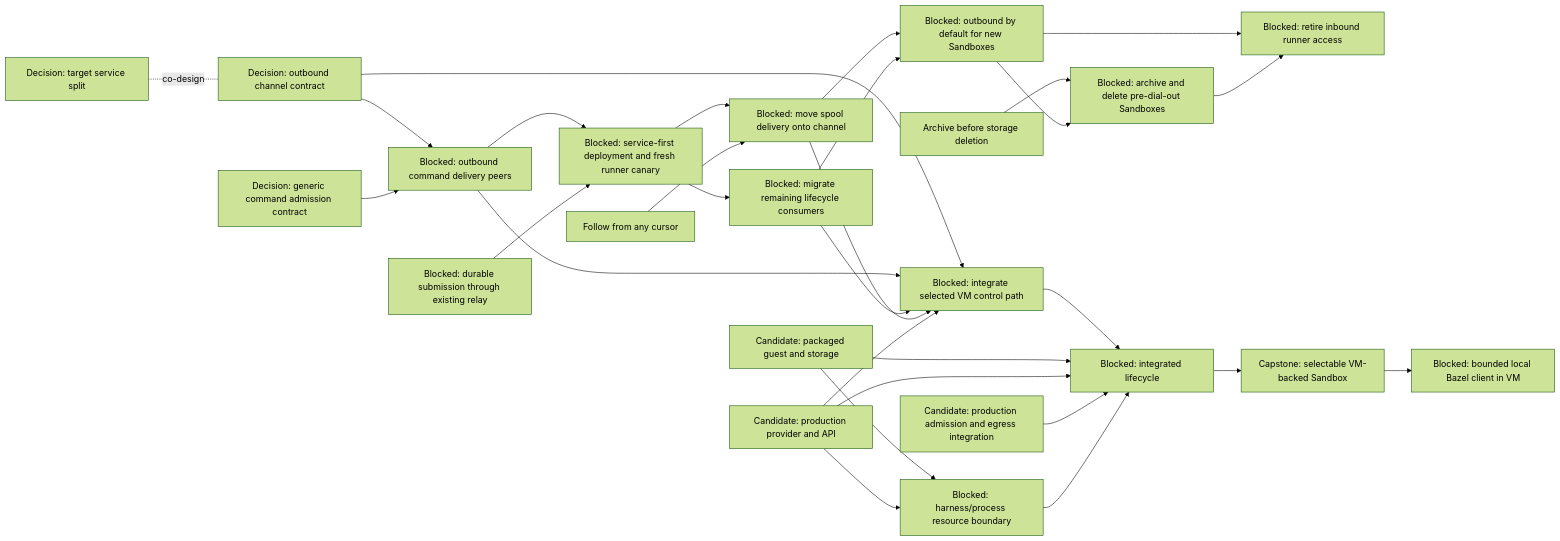
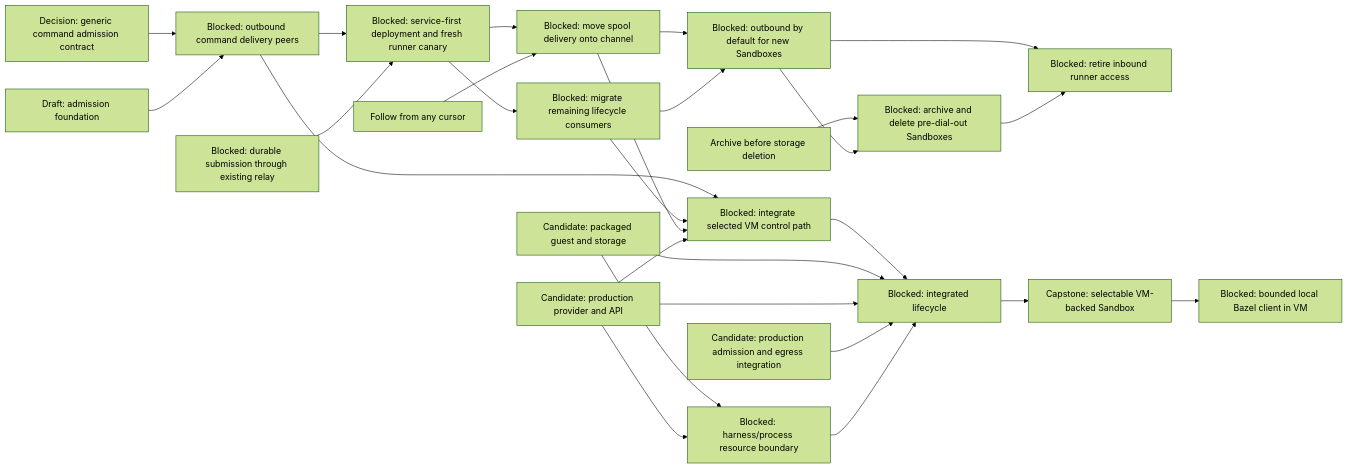
One commit to agentydragon-agent/ducktape changed the sixth of 9 diagrams in agentplane/plans/task_dag.md. Above: the diagram before and after it, drawn with Mermaid (forest theme). The commit also changed other lines of this file and 6 other files, not shown here.

````diff
--- a/agentplane/plans/task_dag.md
+++ b/agentplane/plans/task_dag.md
@@ -420,45 +421,41 @@
 ```mermaid
 flowchart LR
-    RUNNER_TRANSPORT_DESIGN[Decision: outbound channel contract]
-    SERVICE_BOUNDARIES[Decision: target service split]
     RUNNER_OUTBOUND_CHANNEL[Blocked: outbound command delivery peers]
     RUNNER_OUTBOUND_CANARY[Blocked: service-first deployment and fresh runner canary]
     SESSION_COMMAND_SUBMISSION[Blocked: durable submission through existing relay]
     RUNNER_OUTBOUND_SPOOL[Blocked: move spool delivery onto channel]
     RUNNER_OUTBOUND_LIFECYCLE[Blocked: migrate remaining lifecycle consumers]
     RUNNER_OUTBOUND_ROLLOUT[Blocked: outbound by default for new Sandboxes]
     VM_CONTROL_NETWORKING[Blocked: integrate selected VM control path]
     VM_IMAGE[Candidate: packaged guest and storage]
     VM_PROVIDER[Candidate: production provider and API]
     VM_EGRESS[Candidate: production admission and egress integration]
     VM_PROCESS_ISOLATION[Blocked: harness/process resource boundary]
     VM_LIFECYCLE[Blocked: integrated lifecycle]
-    RUNNER_TRANSPORT_DESIGN --> RUNNER_OUTBOUND_CHANNEL
-    SERVICE_BOUNDARIES -. co-design .- RUNNER_TRANSPORT_DESIGN
     SESSION_COMMAND_CONTRACT[Decision: generic command admission contract] --> RUNNER_OUTBOUND_CHANNEL
-    RUNNER_TRANSPORT_DESIGN --> VM_CONTROL_NETWORKING
+    SESSION_COMMAND_CORE[Draft: admission foundation] --> RUNNER_OUTBOUND_CHANNEL
     RUNNER_OUTBOUND_CHANNEL --> VM_CONTROL_NETWORKING
     RUNNER_OUTBOUND_LIFECYCLE --> VM_CONTROL_NETWORKING
     RUNNER_OUTBOUND_SPOOL --> VM_CONTROL_NETWORKING
     RUNNER_OUTBOUND_CHANNEL --> RUNNER_OUTBOUND_CANARY
     SESSION_COMMAND_SUBMISSION --> RUNNER_OUTBOUND_CANARY
     RUNNER_OUTBOUND_CANARY --> RUNNER_OUTBOUND_SPOOL
     RUNNER_OUTBOUND_CANARY --> RUNNER_OUTBOUND_LIFECYCLE
     RUNNER_OUTBOUND_SPOOL --> RUNNER_OUTBOUND_ROLLOUT
     RUNNER_OUTBOUND_LIFECYCLE --> RUNNER_OUTBOUND_ROLLOUT
     RUNNER_OUTBOUND_ROLLOUT --> RUNNER_INBOUND_RETIRE[Blocked: retire inbound runner access]
     SANDBOX_LIFECYCLE_DURABILITY[Archive before storage deletion] --> LEGACY_SANDBOX_RETIRE[Blocked: archive and delete pre-dial-out Sandboxes]
     RUNNER_OUTBOUND_ROLLOUT --> LEGACY_SANDBOX_RETIRE
     LEGACY_SANDBOX_RETIRE --> RUNNER_INBOUND_RETIRE
     FOLLOW_REPLAY[Follow from any cursor] --> RUNNER_OUTBOUND_SPOOL
     VM_PROVIDER --> VM_CONTROL_NETWORKING
     VM_CONTROL_NETWORKING --> VM_LIFECYCLE
     VM_IMAGE --> VM_PROCESS_ISOLATION
     VM_PROVIDER --> VM_PROCESS_ISOLATION
     VM_IMAGE --> VM_LIFECYCLE
     VM_PROVIDER --> VM_LIFECYCLE
     VM_EGRESS --> VM_LIFECYCLE
     VM_PROCESS_ISOLATION --> VM_LIFECYCLE
     VM_LIFECYCLE --> SANDBOX_VM_ISOLATION[Capstone: selectable VM-backed Sandbox]
     SANDBOX_VM_ISOLATION --> LOCAL_BAZEL[Blocked: bounded local Bazel client in VM]
 ```
````
